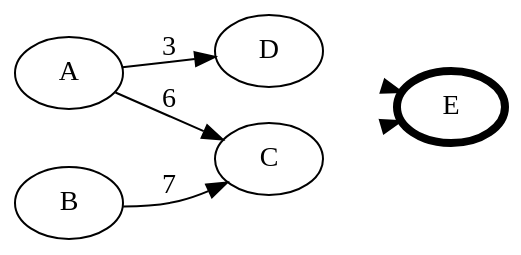
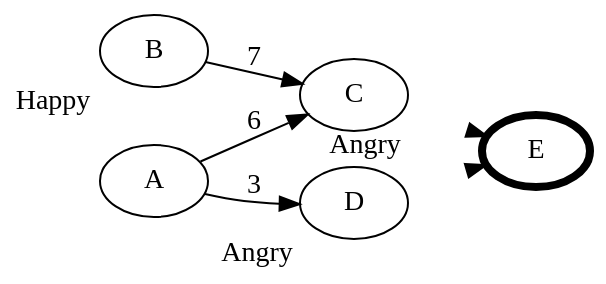
The diagram in presentations/AtheCrypt10-1-2017/figures/transitiveGame2.dot (decrypto-org/TrustIsRisk), drawn with Graphviz before and after one commit. The commit also changed 3 other files, not shown here.

Commit message:
add happy angry sad to .dot files

```diff
--- a/presentations/AtheCrypt10-1-2017/figures/transitiveGame2.dot
+++ b/presentations/AtheCrypt10-1-2017/figures/transitiveGame2.dot
@@ -1,10 +1,13 @@
 digraph G {
   graph [bgcolor=transparent]
   rankdir=LR;
+  B [xlabel="Happy"]
+  C [xlabel="Angry"]
+  D [xlabel="Angry"]
   E [penwidth=4]
   A -> C [label="6"]
   A -> D [label="3"]
   B -> C [label="7"]
   C -> E [style=invisible]
   D -> E [style=invisible]
 }
```
